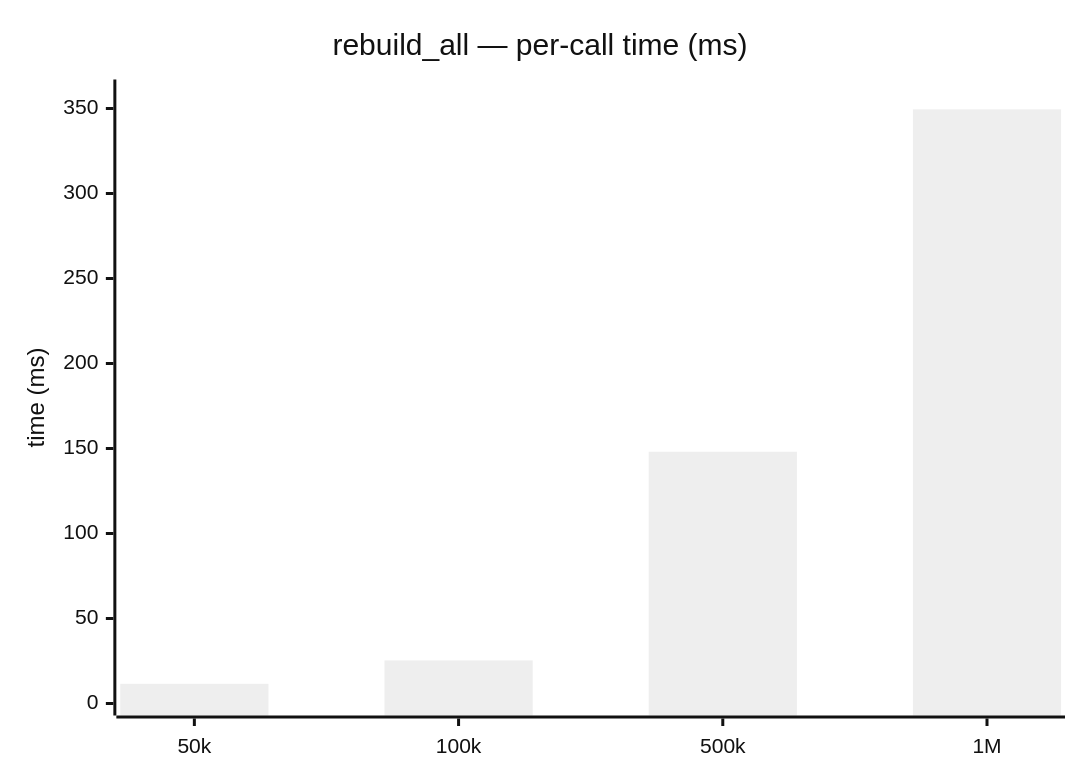
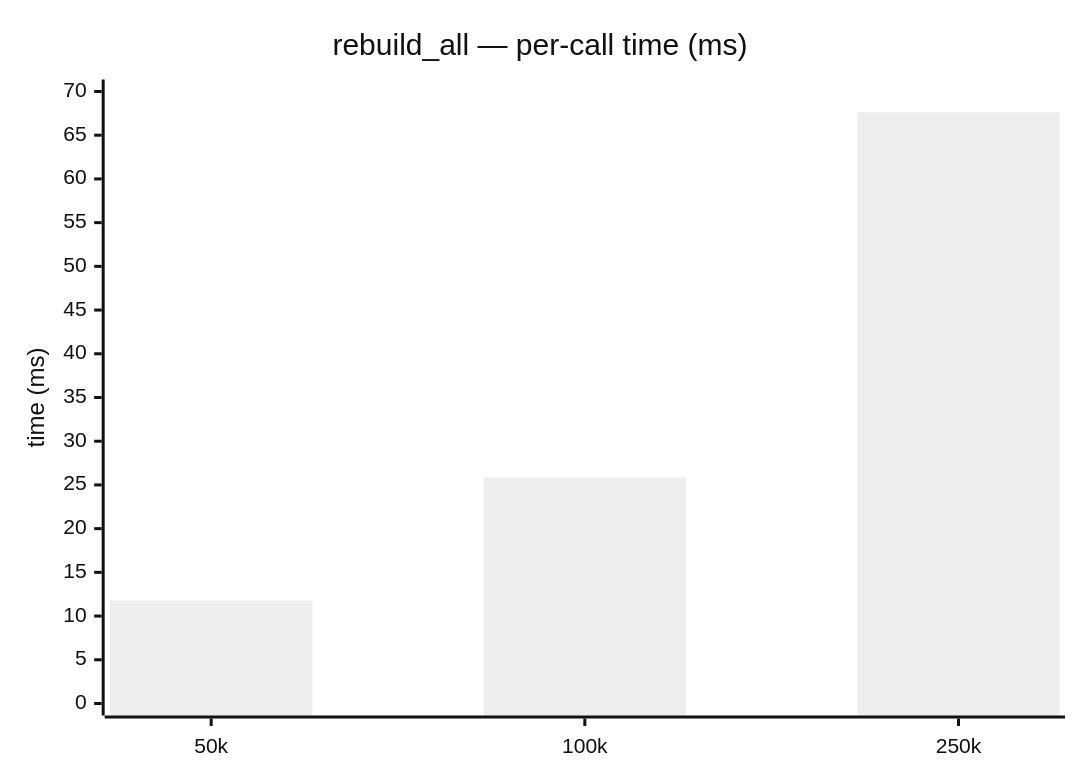
Before and after one commit to dch4o/copse: the second of 2 diagrams in docs/benchmark/rebuild.md, drawn with Mermaid (neutral theme). The commit also changed other lines of this file and 26 other files, not shown here.

````diff
--- a/docs/benchmark/rebuild.md
+++ b/docs/benchmark/rebuild.md
@@ -55,7 +54,7 @@
 ```mermaid
 xychart-beta
     title "rebuild_all — per-call time (ms)"
-    x-axis [50k, 100k, 500k, 1M]
-    y-axis "time (ms)" 0 --> 360
-    bar [11.58, 25.35, 148.09, 349.48]
+    x-axis [50k, 100k, 250k]
+    y-axis "time (ms)" 0 --> 70
+    bar [11.79, 25.85, 67.63]
 ```
````
